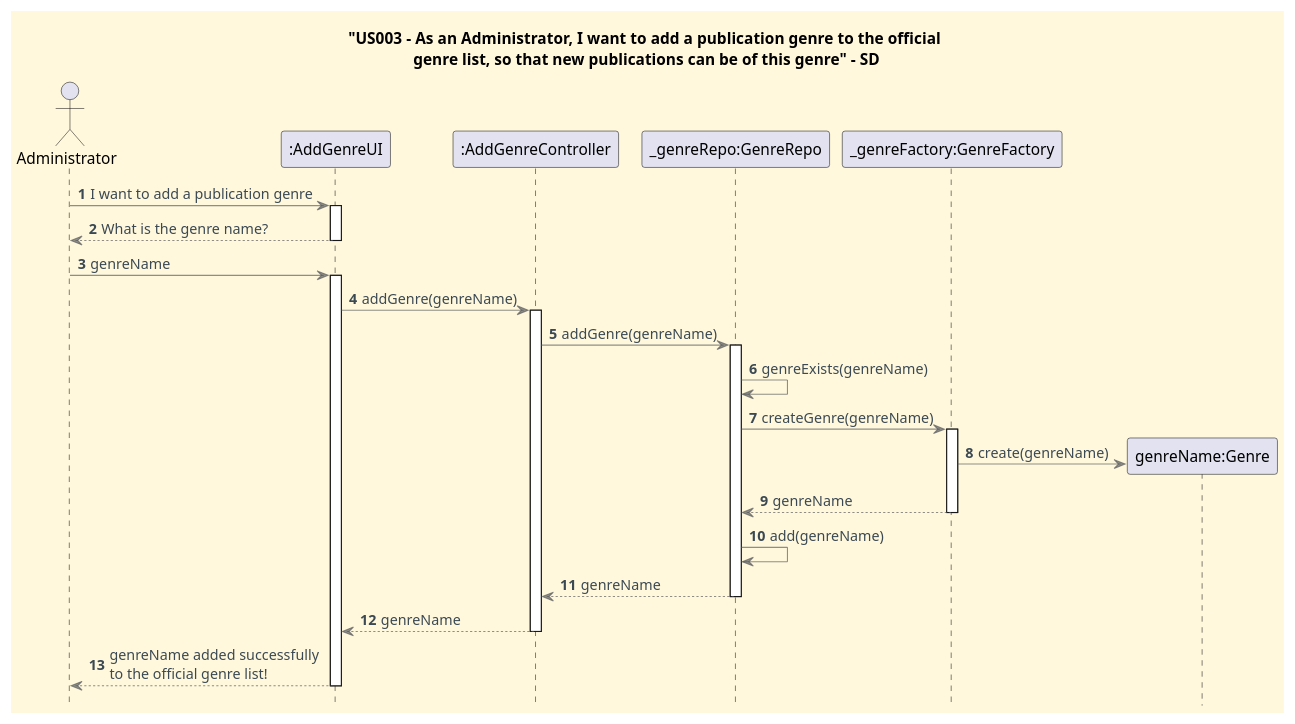
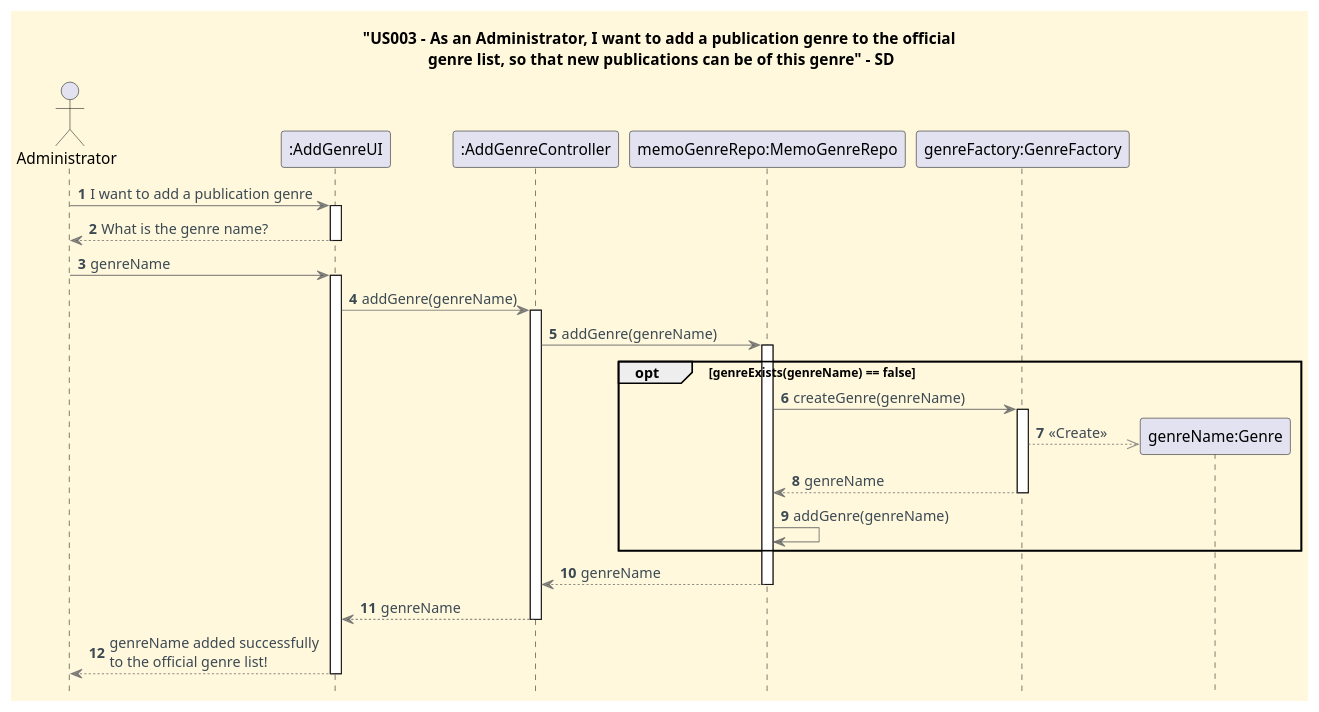
The diagram in docs/userStories/US003/US003_add_genre_SD.puml (CarolinaLeite-collab/JavaMarketplacePlatform), drawn with PlantUML before and after one commit. The commit also changed 1 other file, not shown here.

Commit message:
docs: reengineers class and sequence diagrams US003 to ddd, refs #381

```diff
--- a/docs/userStories/US003/US003_add_genre_SD.puml
+++ b/docs/userStories/US003/US003_add_genre_SD.puml
@@ -1,59 +1,58 @@
 @startuml
 
 title "US003 - As an Administrator, I want to add a publication genre to the official \ngenre list, so that new publications can be of this genre" - SD
 
 '==== basic style ====
 skinparam monochrome false
 skinparam shadowing false
 skinparam defaultFontName Futura
 skinparam objectFontSize 20
 skinparam backgroundColor CornSilk
 skinparam objectBackgroundColor WhiteSmoke
 skinparam noteBackgroundColor #FFFFE0
 skinparam ArrowFontColor #3B4953
 skinparam ArrowColor #57595BAA
 skinparam ActivationBackgroundColor WhiteSmoke
 hide footbox
 
 autonumber
 
 actor Administrator
 participant ":AddGenreUI" as UI
 participant ":AddGenreController" as Ctl
-participant "_genreRepo:GenreRepo" as gr
-participant "_genreFactory:GenreFactory" as gf
+participant "memoGenreRepo:MemoGenreRepo" as gr
+participant "genreFactory:GenreFactory" as gf
 
 Administrator -> UI: I want to add a publication genre
 activate UI
 UI --> Administrator: What is the genre name?
 deactivate UI
 Administrator -> UI: genreName
 activate UI
 
 UI -> Ctl: addGenre(genreName)
 activate Ctl
 Ctl -> gr: addGenre(genreName)
 activate gr
 
-gr -> gr : genreExists(genreName)
+opt genreExists(genreName) == false
         gr -> gf : createGenre(genreName)
         activate gf
         create "genreName:Genre"
-        gf -> "genreName:Genre": create(genreName)
+        gf -->> "genreName:Genre": <<Create>>
         gf --> gr : genreName
         deactivate gf
-        gr -> gr: add(genreName)
-
-
+        gr -> gr: addGenre(genreName)
+end
 
 
 gr --> Ctl: genreName
 deactivate gr
 
 Ctl --> UI: genreName
 deactivate Ctl
 
 UI --> Administrator: genreName added successfully \nto the official genre list!
 deactivate UI
 
 @enduml
```
